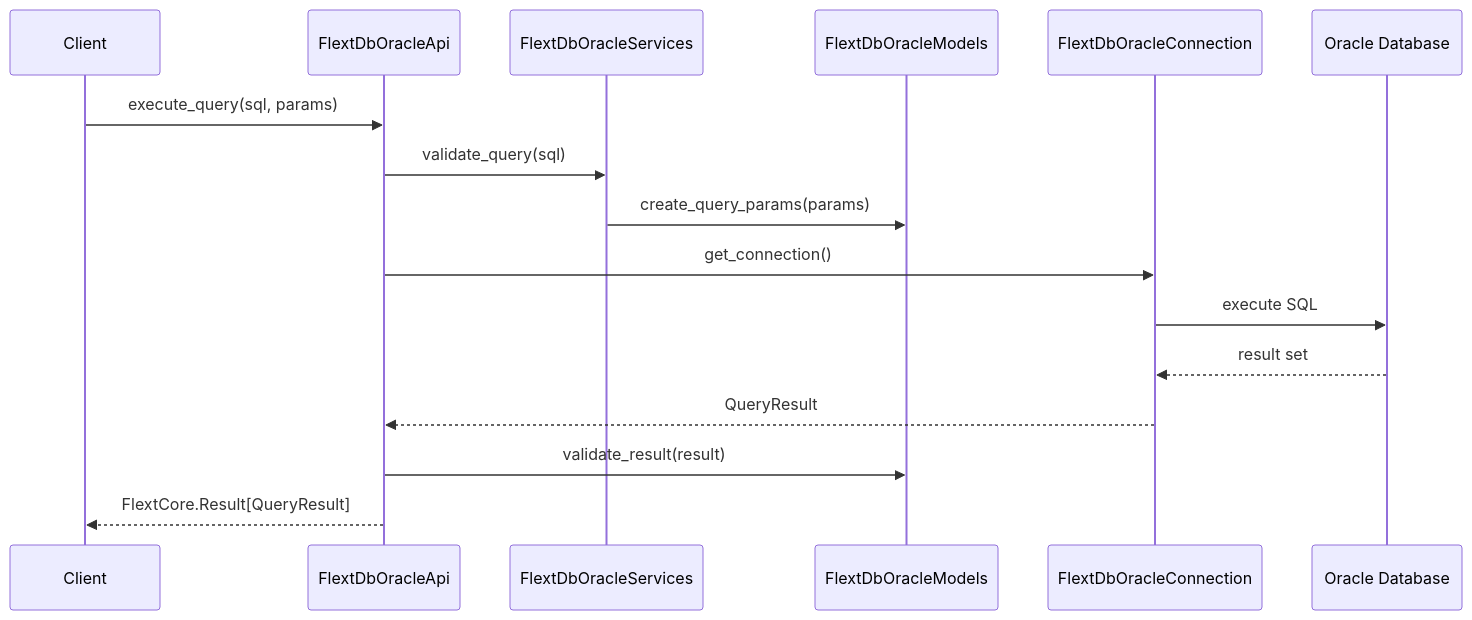
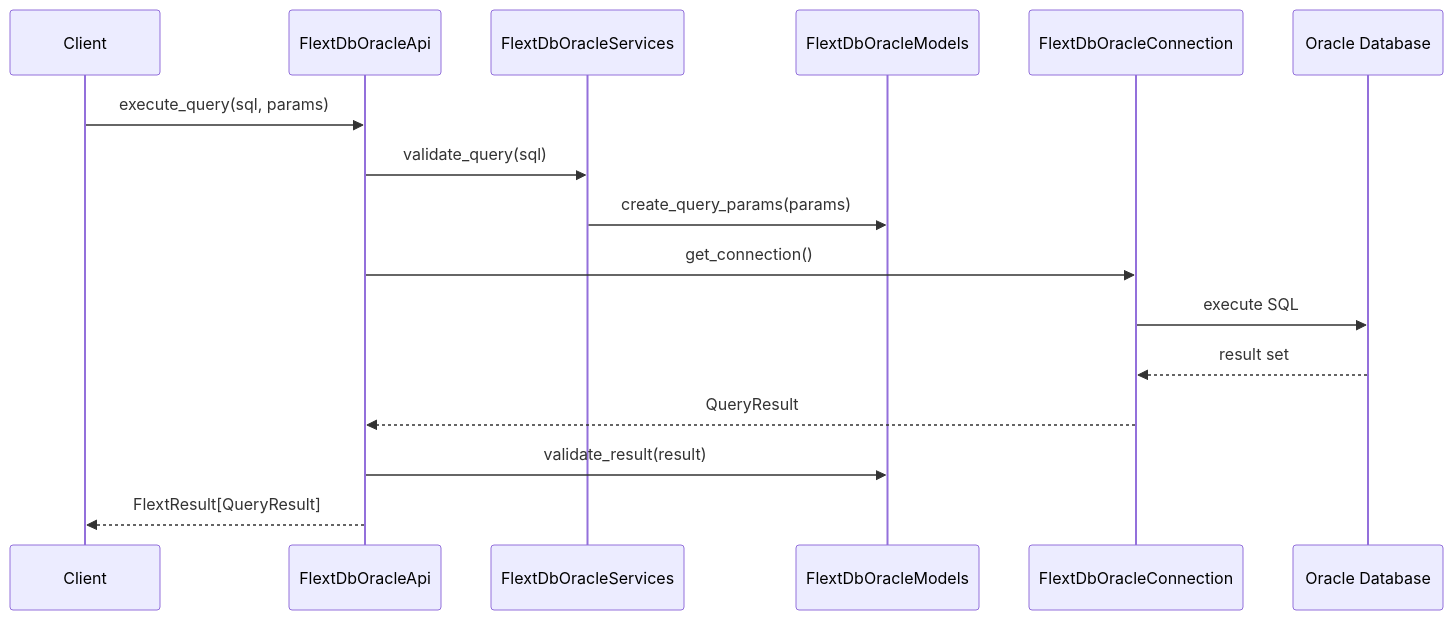
One commit to flext-sh/flext-db-oracle changed the second of 4 diagrams in docs/c4-components.md. Above: the diagram before and after it, drawn with Mermaid. The commit also changed other lines of this file and 52 other files, not shown here.

````diff
--- a/docs/c4-components.md
+++ b/docs/c4-components.md
@@ -312,19 +312,19 @@
 ```mermaid
 sequenceDiagram
     participant Client
     participant API as FlextDbOracleApi
     participant Services as FlextDbOracleServices
     participant Models as FlextDbOracleModels
     participant Connection as FlextDbOracleConnection
     participant Oracle as Oracle Database
 
     Client->>API: execute_query(sql, params)
     API->>Services: validate_query(sql)
     Services->>Models: create_query_params(params)
     API->>Connection: get_connection()
     Connection->>Oracle: execute SQL
     Oracle-->>Connection: result set
     Connection-->>API: QueryResult
     API->>Models: validate_result(result)
-    API-->>Client: FlextCore.Result[QueryResult]
+    API-->>Client: FlextResult[QueryResult]
 ```
````
